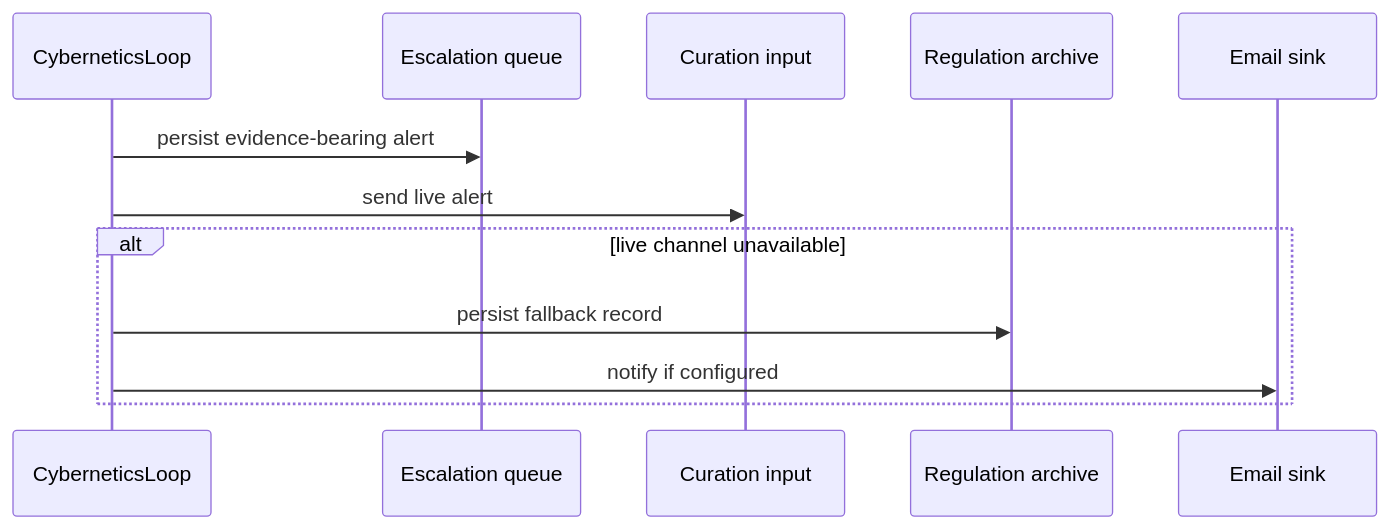
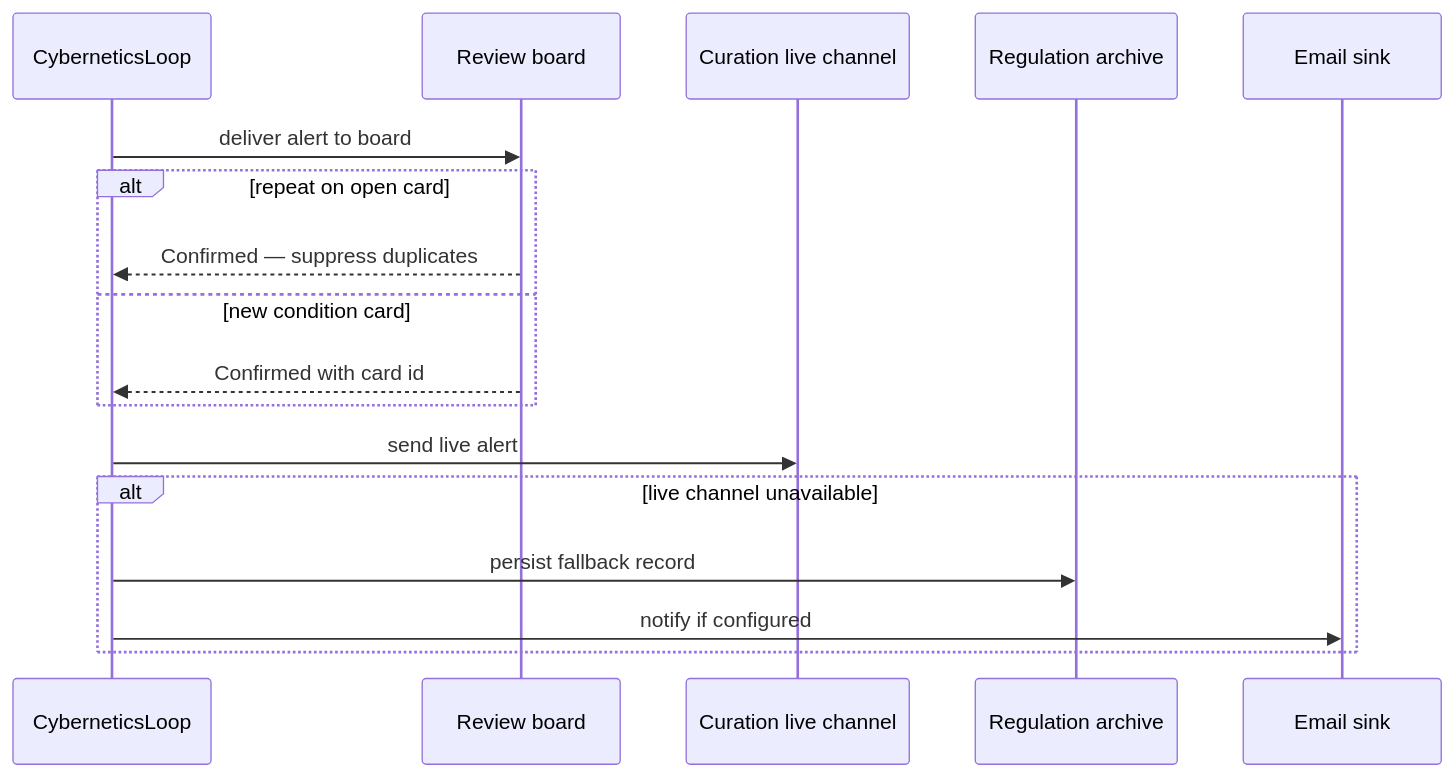
Before and after one commit to mdz-axo/zed-kask: the third of 3 diagrams in kask/docs/diataxis/hkask-regulation/explanation.md, drawn with Mermaid. The commit also changed other lines of this file and 43 other files, not shown here.

````diff
--- a/kask/docs/diataxis/hkask-regulation/explanation.md
+++ b/kask/docs/diataxis/hkask-regulation/explanation.md
@@ -133,14 +144,19 @@
 ```mermaid
 sequenceDiagram
     participant CL as CyberneticsLoop
-    participant EQ as Escalation queue
-    participant CI as Curation input
+    participant Board as Review board
+    participant CI as Curation live channel
     participant RA as Regulation archive
     participant EM as Email sink
-    CL->>EQ: persist evidence-bearing alert
+    CL->>Board: deliver alert to board
+    alt repeat on open card
+        Board-->>CL: Confirmed — suppress duplicates
+    else new condition card
+        Board-->>CL: Confirmed with card id
+    end
     CL->>CI: send live alert
     alt live channel unavailable
         CL->>RA: persist fallback record
         CL->>EM: notify if configured
     end
 ```
````
